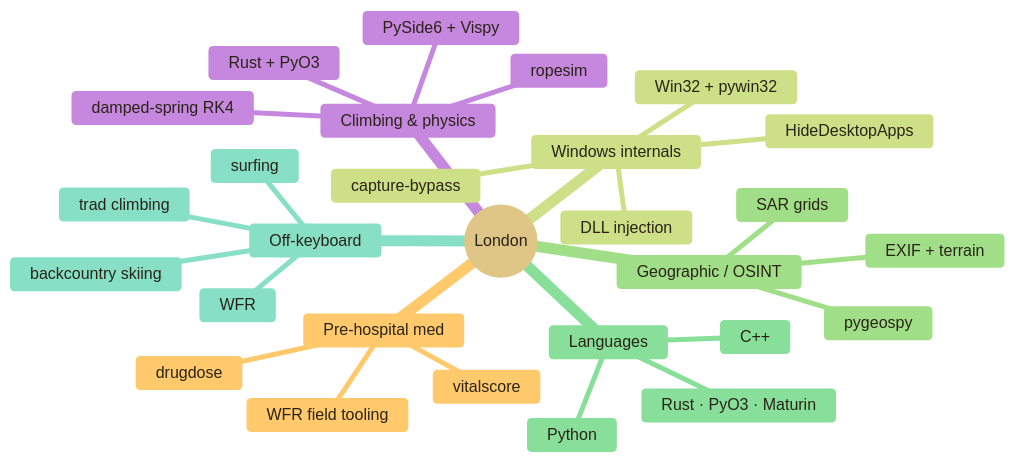
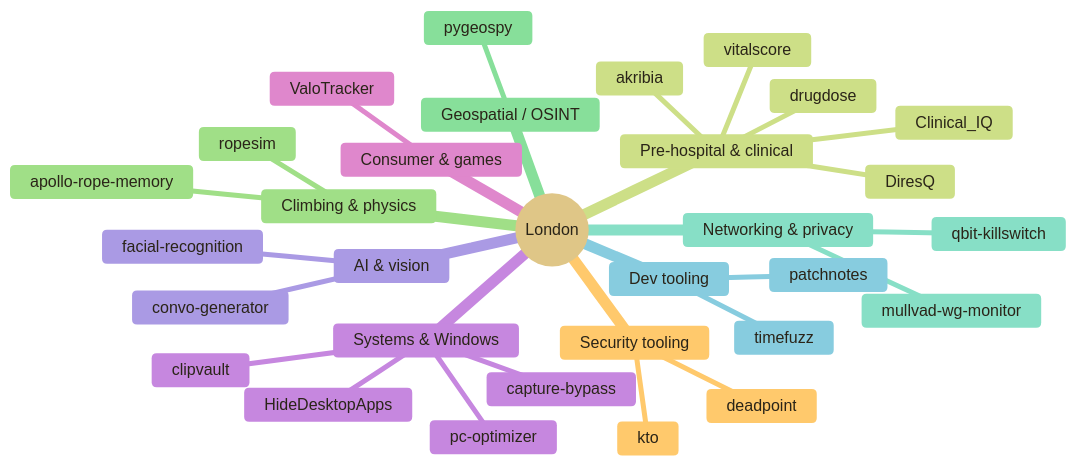
One commit to Londopy/Londopy changed the diagram in README.md. Above: the diagram before and after it, drawn with Mermaid. The commit also changed other lines of this file and 3 other files, not shown here.

````diff
--- a/README.md
+++ b/README.md
@@ -84,32 +138,35 @@
 ```mermaid
 %%{init: {'theme':'base','themeVariables':{'primaryColor':'#FAF6EC','primaryTextColor':'#2A2418','primaryBorderColor':'#7A5C3A','lineColor':'#7A5C3A','tertiaryColor':'#FFF8EC'}}}%%
 mindmap
   root((London))
+    Systems & Windows
+      capture-bypass
+      HideDesktopApps
+      clipvault
+      pc-optimizer
+    Security tooling
+      kto
+      deadpoint
+    Pre-hospital & clinical
+      drugdose
+      vitalscore
+      Clinical_IQ
+      akribia
+      DiresQ
     Climbing & physics
       ropesim
-      Rust + PyO3
-      damped-spring RK4
-      PySide6 + Vispy
-    Pre-hospital med
-      drugdose
-      vitalscore
-      WFR field tooling
-    Windows internals
-      capture-bypass
-      HideDesktopApps
-      DLL injection
-      Win32 + pywin32
-    Geographic / OSINT
+      apollo-rope-memory
+    Geospatial / OSINT
       pygeospy
-      SAR grids
-      EXIF + terrain
-    Languages
-      Python
-      Rust · PyO3 · Maturin
-      C++
-    Off-keyboard
-      trad climbing
-      backcountry skiing
-      surfing
-      WFR
+    Networking & privacy
+      qbit-killswitch
+      mullvad-wg-monitor
+    Dev tooling
+      patchnotes
+      timefuzz
+    AI & vision
+      facial-recognition
+      convo-generator
+    Consumer & games
+      ValoTracker
 ```
````
